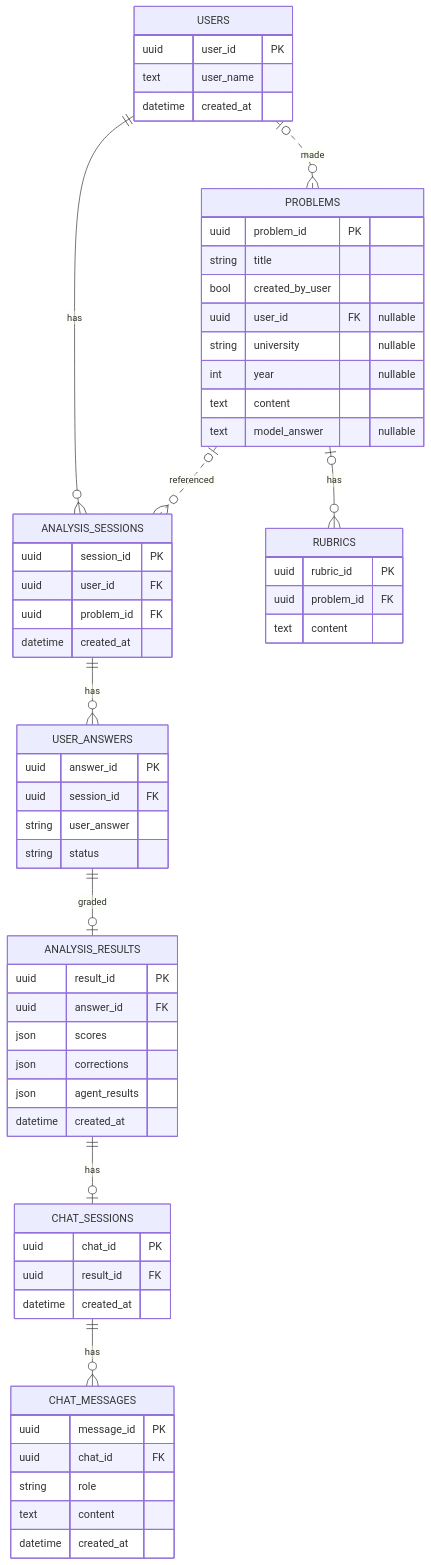
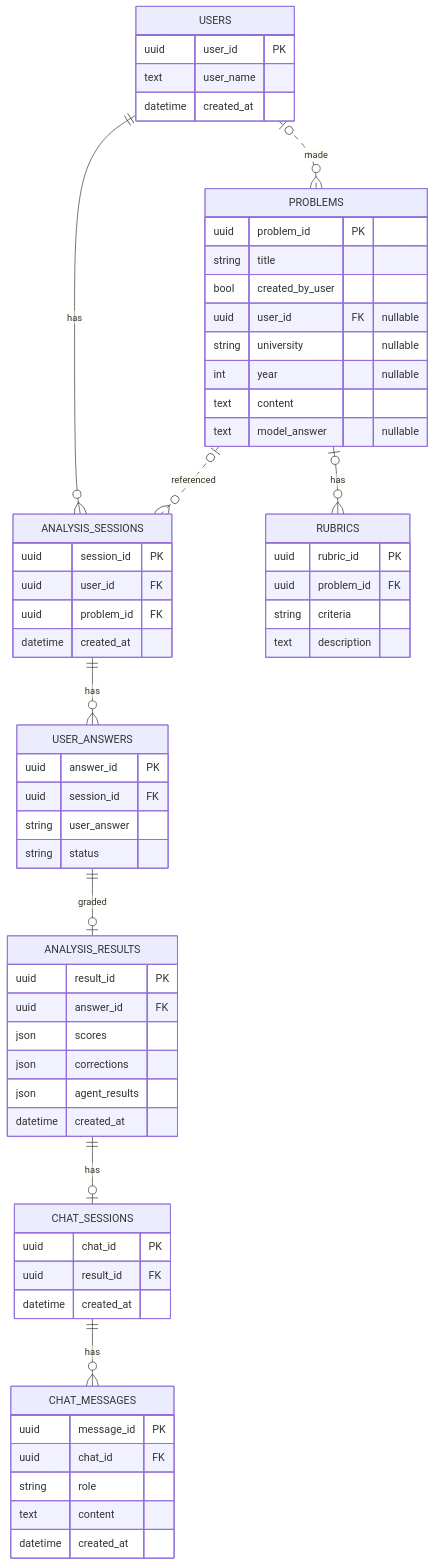
Before and after one commit to bookyoulove/paragraphy: the diagram in 설계문서/ERD.md, drawn with Mermaid. The commit also changed 3 other files, not shown here.

````diff
--- a/설계문서/ERD.md
+++ b/설계문서/ERD.md
@@ -1,71 +1,72 @@
 ```mermaid
 erDiagram
     USERS ||--o{ ANALYSIS_SESSIONS : has
     USERS |o..o{ PROBLEMS : made
     PROBLEMS |o--o{ RUBRICS : has
     ANALYSIS_SESSIONS ||--o{ USER_ANSWERS : has
     USER_ANSWERS ||--o| ANALYSIS_RESULTS : graded
     PROBLEMS |o..o{ ANALYSIS_SESSIONS : referenced
     ANALYSIS_RESULTS ||--o| CHAT_SESSIONS : has
     CHAT_SESSIONS ||--o{ CHAT_MESSAGES : has
 
     USERS {
         uuid user_id PK
         text user_name
         datetime created_at
     }
 
     PROBLEMS {
         uuid problem_id PK
         string title
         bool created_by_user
         uuid user_id FK "nullable"
         string university "nullable"
         int year "nullable"
         text content
         text model_answer "nullable"
     }
 
     RUBRICS {
         uuid rubric_id PK
         uuid problem_id FK
-        text content
+        string criteria
+        text description
     }
 
     ANALYSIS_SESSIONS {
         uuid session_id PK
         uuid user_id FK
         uuid problem_id FK
         datetime created_at
     }
 
     USER_ANSWERS {
         uuid answer_id PK
         uuid session_id FK
         string user_answer
         string status
     }
 
     ANALYSIS_RESULTS {
         uuid result_id PK
         uuid answer_id FK
         json scores
         json corrections
         json agent_results
         datetime created_at
     }
 
     CHAT_SESSIONS {
         uuid chat_id PK
         uuid result_id FK
         datetime created_at
     }
 
     CHAT_MESSAGES {
         uuid message_id PK
         uuid chat_id FK
         string role
         text content
         datetime created_at
     }
 ```
````
